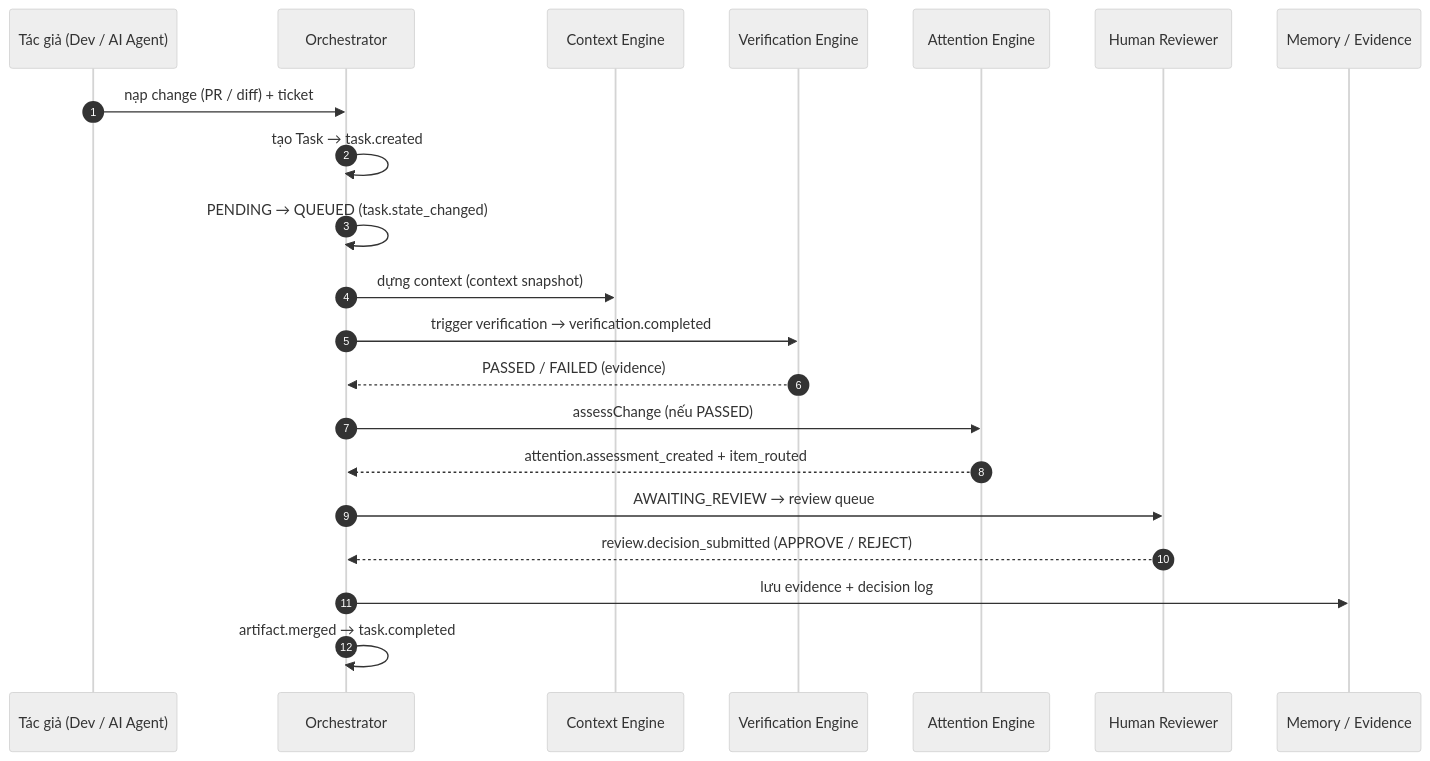
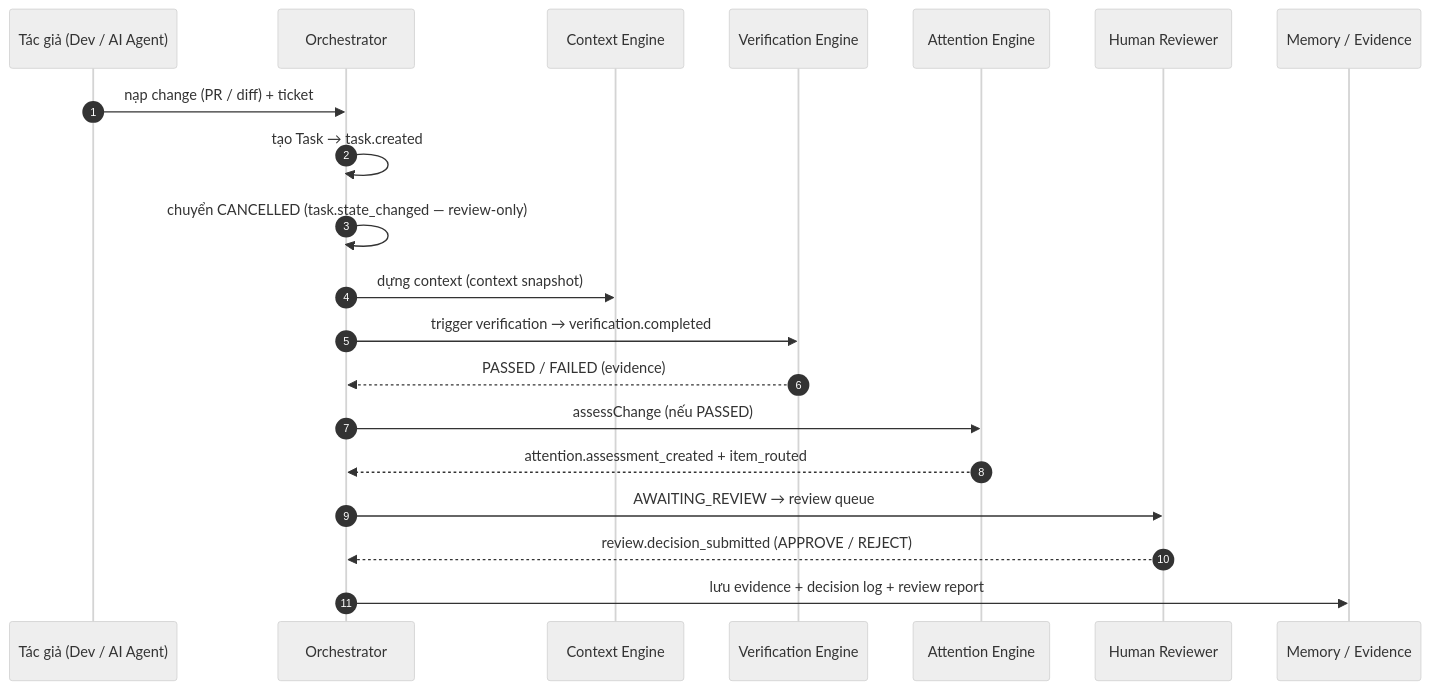
One commit to nbhson/app-human-attention-infrastructure changed the sixth of 8 diagrams in docs/summary/HAI_flow.md. Above: the diagram before and after it, drawn with Mermaid (neutral theme). The commit also changed other lines of this file and 232 other files, not shown here.

First line of the commit message:
feat(core): retire code-gen — review-only control plane

````diff
--- a/docs/summary/HAI_flow.md
+++ b/docs/summary/HAI_flow.md
@@ -179,24 +182,23 @@
 ```mermaid
 sequenceDiagram
     autonumber
     participant Auth as Tác giả (Dev / AI Agent)
     participant Orc as Orchestrator
     participant Ctx as Context Engine
     participant Ver as Verification Engine
     participant Att as Attention Engine
     participant Hum as Human Reviewer
     participant Evi as Memory / Evidence
 
     Auth->>Orc: nạp change (PR / diff) + ticket
     Orc->>Orc: tạo Task → task.created
-    Orc->>Orc: PENDING → QUEUED (task.state_changed)
+    Orc->>Orc: chuyển CANCELLED (task.state_changed — review-only)
     Orc->>Ctx: dựng context (context snapshot)
     Orc->>Ver: trigger verification → verification.completed
     Ver-->>Orc: PASSED / FAILED (evidence)
     Orc->>Att: assessChange (nếu PASSED)
     Att-->>Orc: attention.assessment_created + item_routed
     Orc->>Hum: AWAITING_REVIEW → review queue
     Hum-->>Orc: review.decision_submitted (APPROVE / REJECT)
-    Orc->>Evi: lưu evidence + decision log
-    Orc->>Orc: artifact.merged → task.completed
+    Orc->>Evi: lưu evidence + decision log + review report
 ```
````
